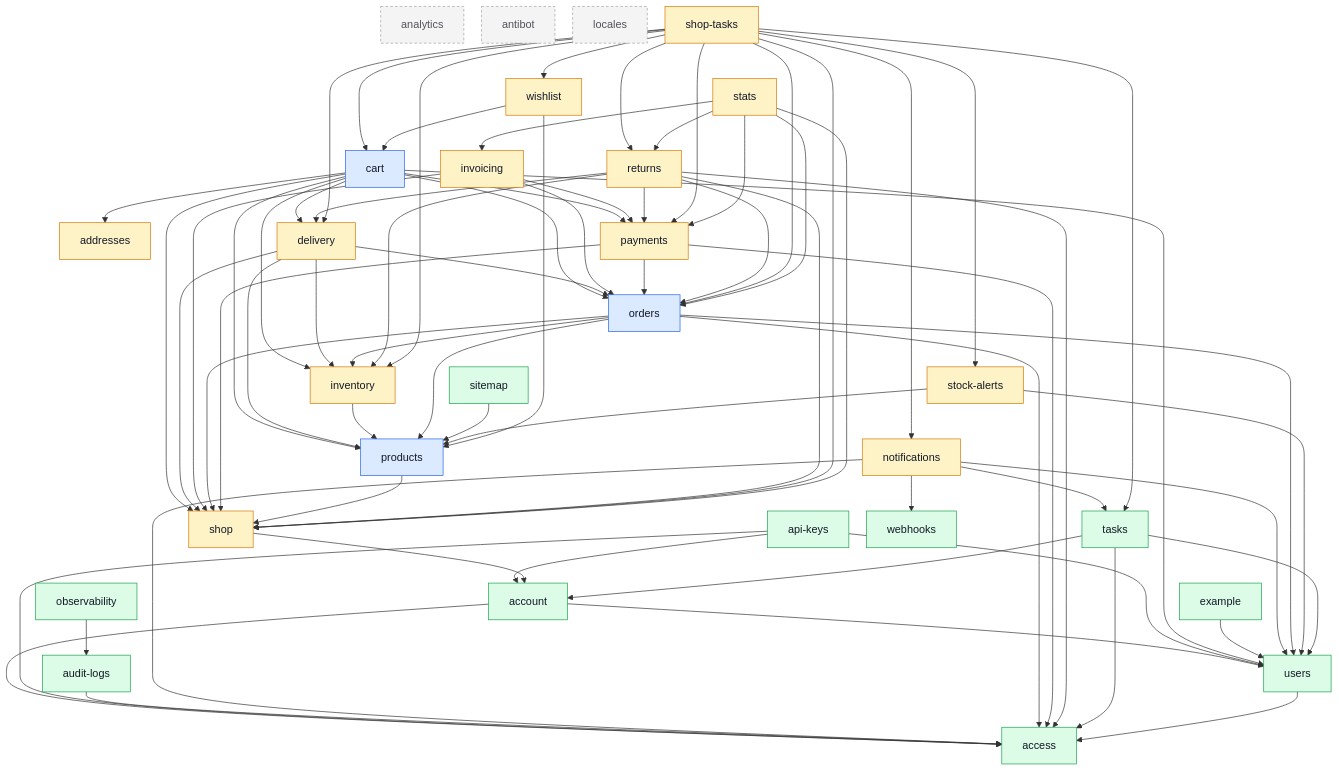
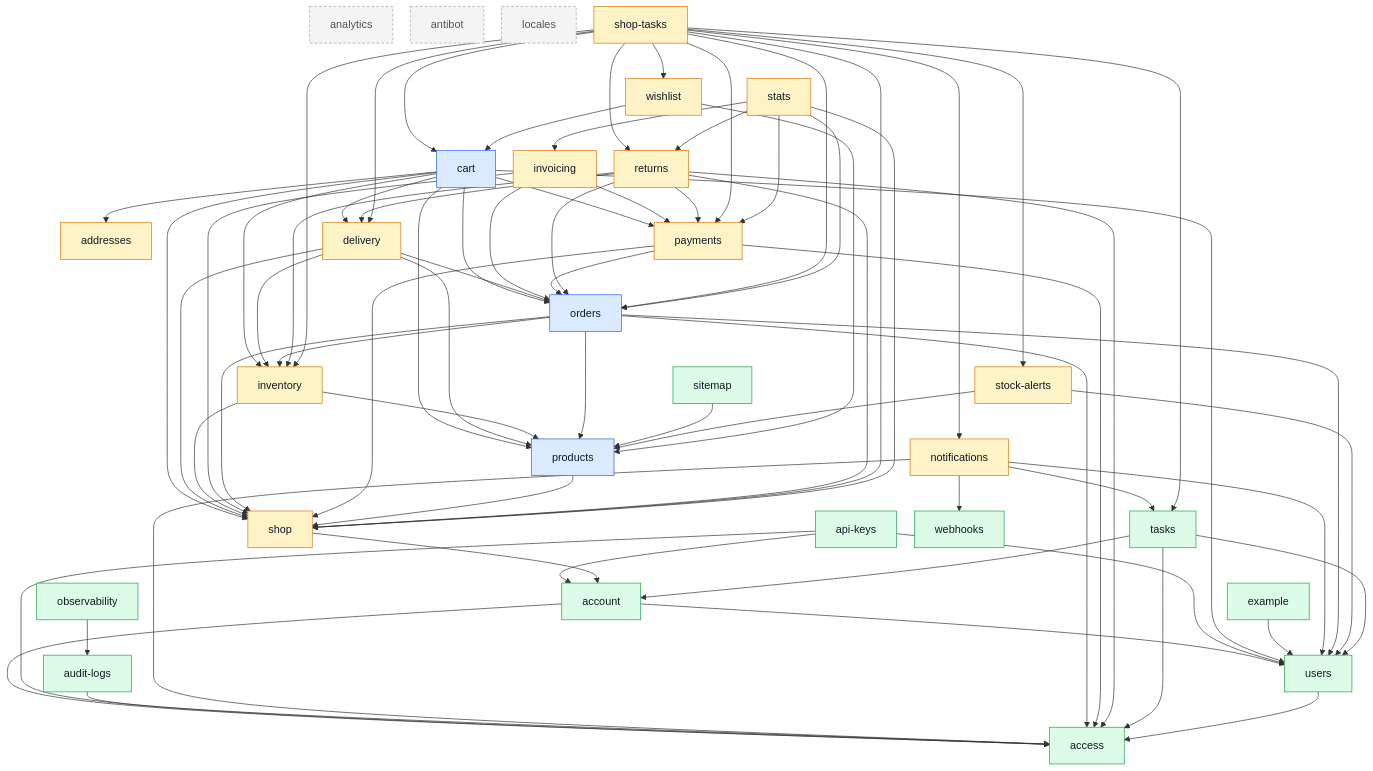
One commit to Guebbit/boilerplate-node-backend changed the diagram in docs/modules/index.md. Above: the diagram before and after it, drawn with Mermaid. The commit also changed other lines of this file and 37 other files, not shown here.

```diff
--- a/docs/modules/index.md
+++ b/docs/modules/index.md
@@ -89,6 +89,7 @@
     delivery --> shop
     example --> users
     inventory --> products
+    inventory --> shop
     invoicing --> orders
     invoicing --> payments
     invoicing --> shop
```
